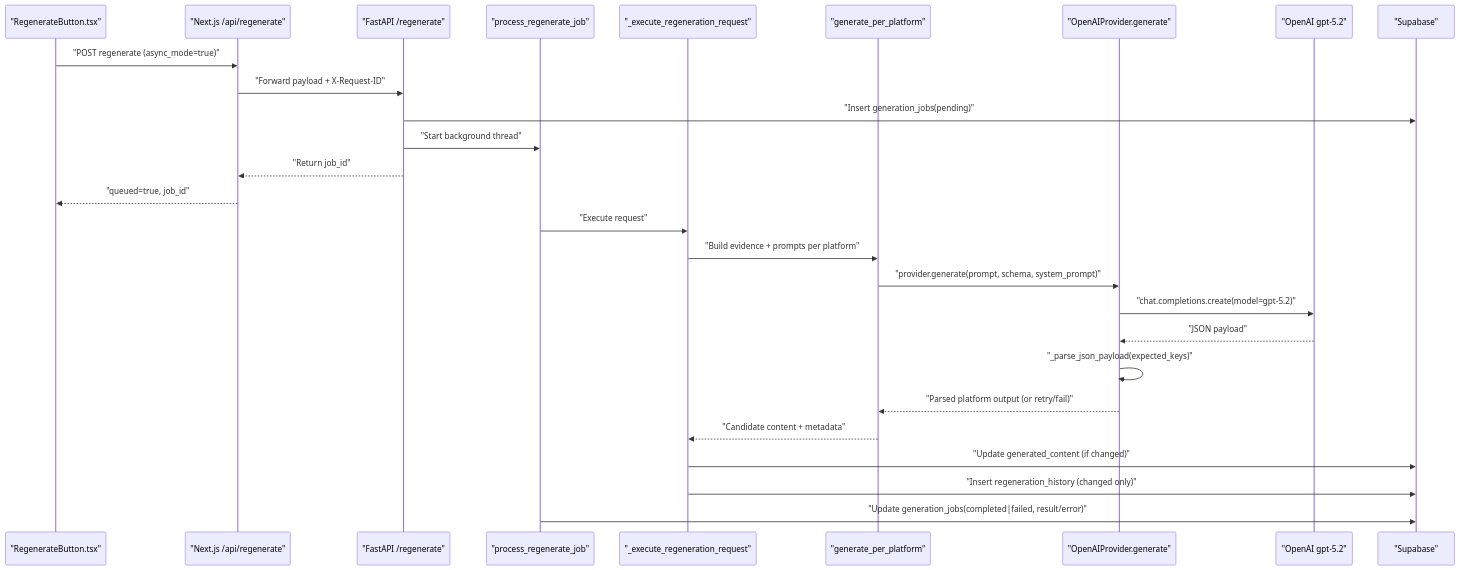
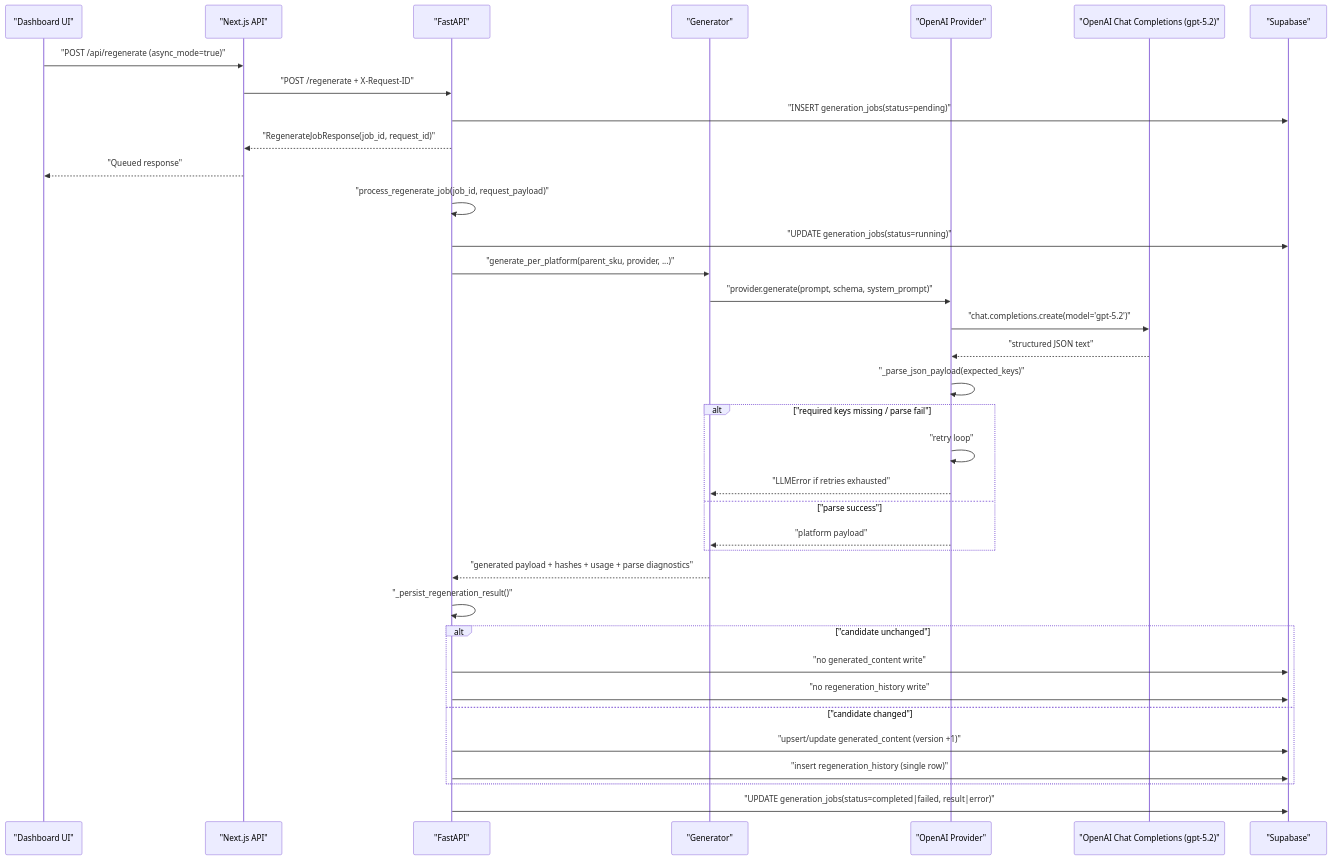
The second of 5 diagrams in docs/architecture/2026-02-26-prompt-source-and-generation-flow.md (bobby-andris/Allied-FeedOps), drawn with Mermaid before and after one commit. The commit also changed other lines of this file and 3 other files, not shown here.

Commit message:
docs(plan): add current architecture map and generation-quality kickoff (#23)

````diff
--- a/docs/architecture/2026-02-26-prompt-source-and-generation-flow.md
+++ b/docs/architecture/2026-02-26-prompt-source-and-generation-flow.md
@@ -57,31 +81,45 @@
 ```mermaid
 sequenceDiagram
-  participant UI as "RegenerateButton.tsx"
-  participant NX as "Next.js /api/regenerate"
-  participant API as "FastAPI /regenerate"
-  participant JOB as "process_regenerate_job"
-  participant EXEC as "_execute_regeneration_request"
-  participant GEN as "generate_per_platform"
-  participant OAI as "OpenAIProvider.generate"
-  participant GPT as "OpenAI gpt-5.2"
+  participant UI as "Dashboard UI"
+  participant NX as "Next.js API"
+  participant API as "FastAPI"
+  participant GEN as "Generator"
+  participant OAI as "OpenAI Provider"
+  participant GPT as "OpenAI Chat Completions (gpt-5.2)"
   participant DB as "Supabase"
 
-  UI->>NX: "POST regenerate (async_mode=true)"
-  NX->>API: "Forward payload + X-Request-ID"
-  API->>DB: "Insert generation_jobs(pending)"
-  API->>JOB: "Start background thread"
-  API-->>NX: "Return job_id"
-  NX-->>UI: "queued=true, job_id"
+  UI->>NX: "POST /api/regenerate (async_mode=true)"
+  NX->>API: "POST /regenerate + X-Request-ID"
+  API->>DB: "INSERT generation_jobs(status=pending)"
+  API-->>NX: "RegenerateJobResponse(job_id, request_id)"
+  NX-->>UI: "Queued response"
 
-  JOB->>EXEC: "Execute request"
-  EXEC->>GEN: "Build evidence + prompts per platform"
+  API->>API: "process_regenerate_job(job_id, request_payload)"
+  API->>DB: "UPDATE generation_jobs(status=running)"
+  API->>GEN: "generate_per_platform(parent_sku, provider, ...)"
+
   GEN->>OAI: "provider.generate(prompt, schema, system_prompt)"
-  OAI->>GPT: "chat.completions.create(model=gpt-5.2)"
-  GPT-->>OAI: "JSON payload"
+  OAI->>GPT: "chat.completions.create(model='gpt-5.2')"
+  GPT-->>OAI: "structured JSON text"
   OAI->>OAI: "_parse_json_payload(expected_keys)"
-  OAI-->>GEN: "Parsed platform output (or retry/fail)"
-  GEN-->>EXEC: "Candidate content + metadata"
-  EXEC->>DB: "Update generated_content (if changed)"
-  EXEC->>DB: "Insert regeneration_history (changed only)"
-  JOB->>DB: "Update generation_jobs(completed|failed, result/error)"
+
+  alt "required keys missing / parse fail"
+    OAI->>OAI: "retry loop"
+    OAI-->>GEN: "LLMError if retries exhausted"
+  else "parse success"
+    OAI-->>GEN: "platform payload"
+  end
+
+  GEN-->>API: "generated payload + hashes + usage + parse diagnostics"
+  API->>API: "_persist_regeneration_result()"
+
+  alt "candidate unchanged"
+    API->>DB: "no generated_content write"
+    API->>DB: "no regeneration_history write"
+  else "candidate changed"
+    API->>DB: "upsert/update generated_content (version +1)"
+    API->>DB: "insert regeneration_history (single row)"
+  end
+
+  API->>DB: "UPDATE generation_jobs(status=completed|failed, result|error)"
 ```
````
